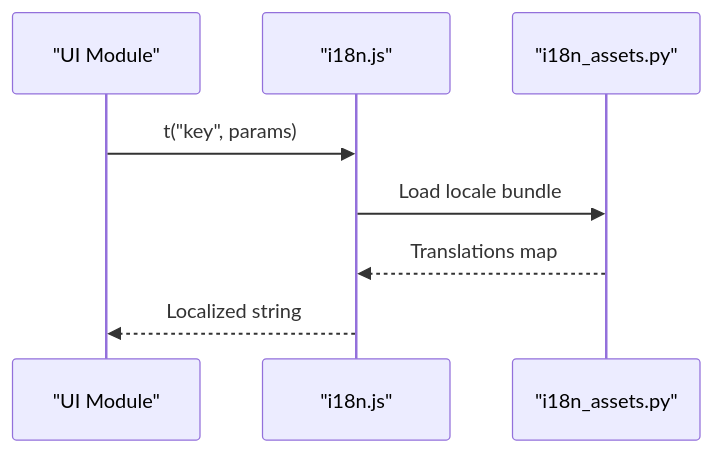
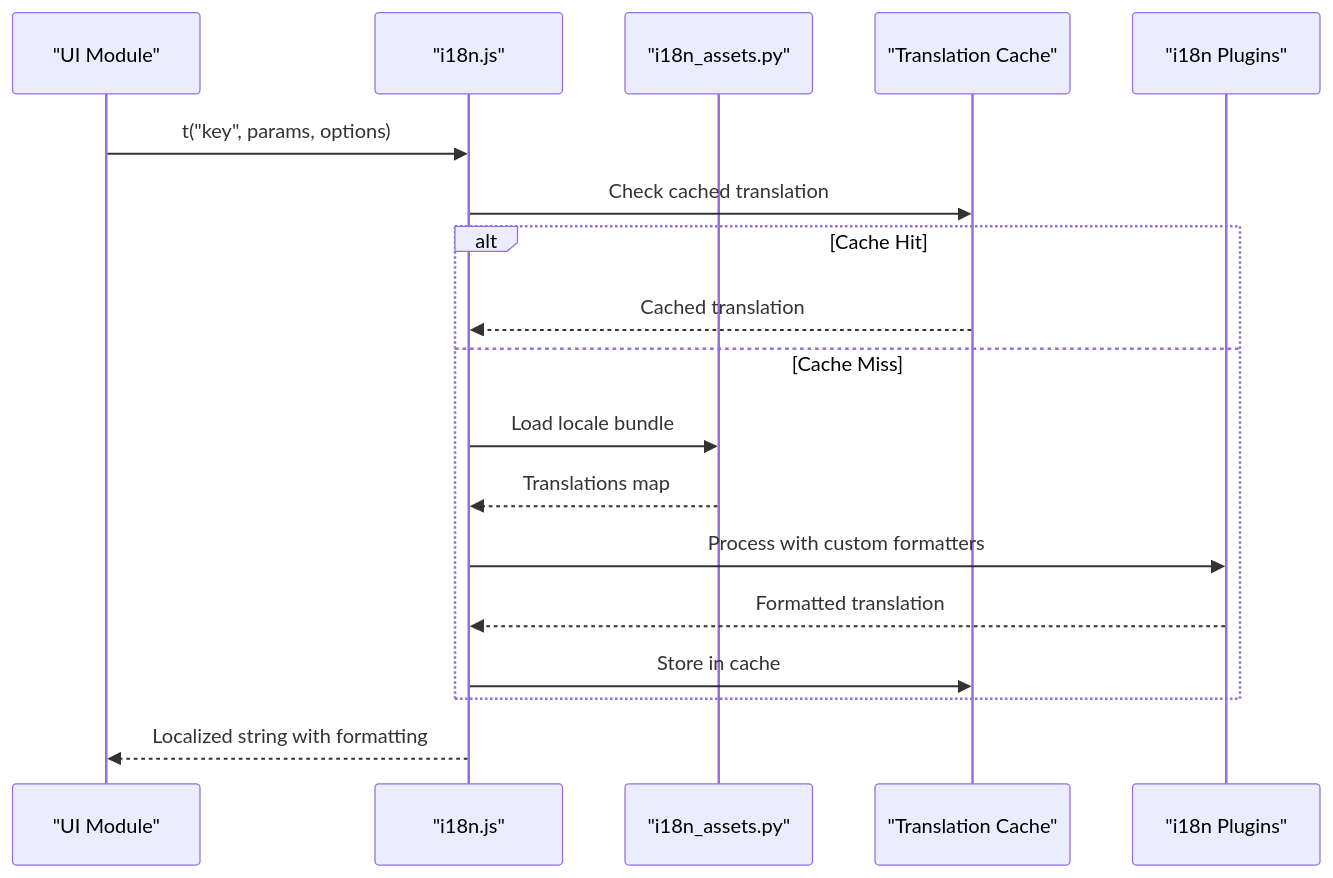
One commit to zuohaisu/wecom-archive changed diagram 14 of 15 in .qoder/repowiki/en/content/Web Application/Client-Side Architecture.md. Above: the diagram before and after it, drawn with Mermaid. The commit also changed other lines of this file and 95 other files, not shown here.

````diff
--- a/.qoder/repowiki/en/content/Web Application/Client-Side Architecture.md
+++ b/.qoder/repowiki/en/content/Web Application/Client-Side Architecture.md
@@ -550,10 +643,20 @@
 ```mermaid
 sequenceDiagram
 participant UI as "UI Module"
 participant I18N as "i18n.js"
 participant Assets as "i18n_assets.py"
-UI->>I18N : t("key", params)
+participant Cache as "Translation Cache"
+participant Plugins as "i18n Plugins"
+UI->>I18N : t("key", params, options)
+I18N->>Cache : Check cached translation
+alt Cache Hit
+Cache-->>I18N : Cached translation
+else Cache Miss
 I18N->>Assets : Load locale bundle
 Assets-->>I18N : Translations map
-I18N-->>UI : Localized string
+I18N->>Plugins : Process with custom formatters
+Plugins-->>I18N : Formatted translation
+I18N->>Cache : Store in cache
+end
+I18N-->>UI : Localized string with formatting
 ```
````
